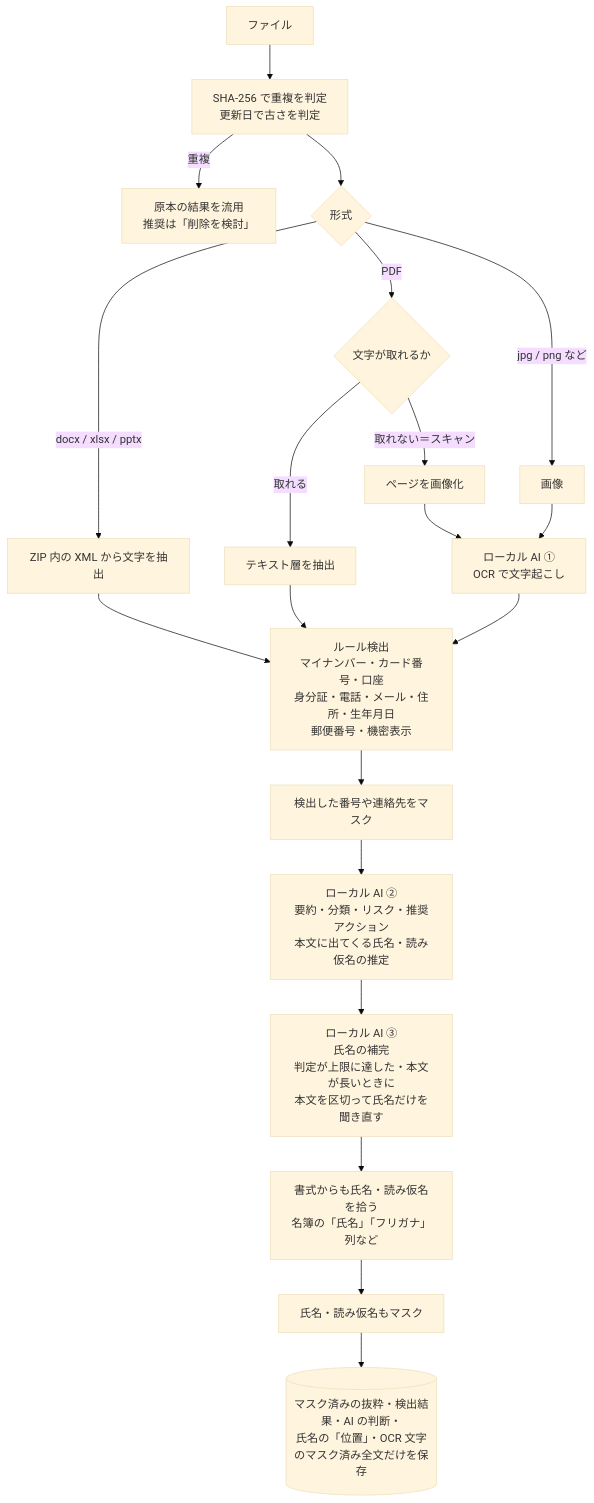
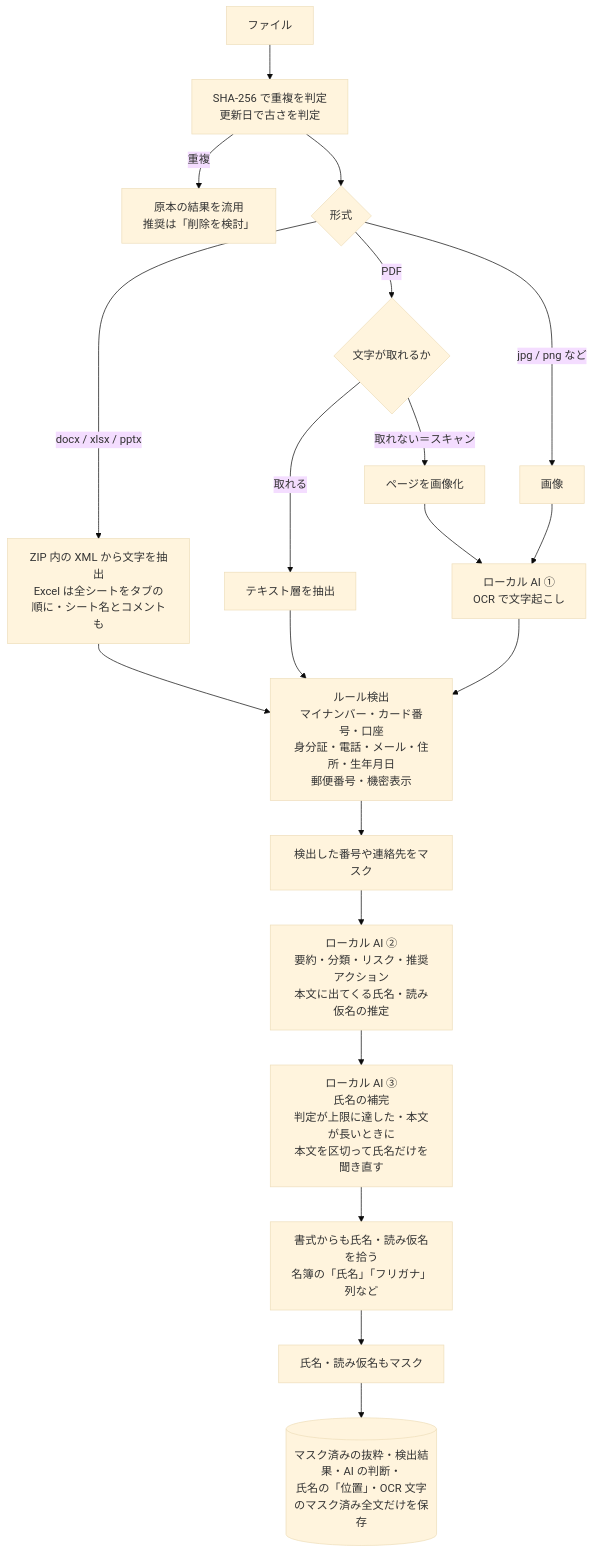
Before and after one commit to Takashi-Matsumura/filechecker-demo: the second of 2 diagrams in README.md, drawn with Mermaid (base theme). The commit also changed other lines of this file and 6 other files, not shown here.

````diff
--- a/README.md
+++ b/README.md
@@ -92,22 +92,22 @@
 ```mermaid
 flowchart TD
   A[ファイル] --> H[SHA-256 で重複を判定<br/>更新日で古さを判定]
   H -->|重複| R[原本の結果を流用<br/>推奨は「削除を検討」]
   H --> E{形式}
-  E -->|docx / xlsx / pptx| O[ZIP 内の XML から文字を抽出]
+  E -->|docx / xlsx / pptx| O[ZIP 内の XML から文字を抽出<br/>Excel は全シートをタブの順に・シート名とコメントも]
   E -->|PDF| P{文字が取れるか}
   P -->|取れる| PT[テキスト層を抽出]
   P -->|取れない＝スキャン| PI[ページを画像化]
   E -->|jpg / png など| IM[画像]
   PI --> OCR[ローカル AI ①<br/>OCR で文字起こし]
   IM --> OCR
   O --> RULE
   PT --> RULE
   OCR --> RULE[ルール検出<br/>マイナンバー・カード番号・口座<br/>身分証・電話・メール・住所・生年月日<br/>郵便番号・機密表示]
   RULE --> MASK1[検出した番号や連絡先をマスク]
   MASK1 --> AI[ローカル AI ②<br/>要約・分類・リスク・推奨アクション<br/>本文に出てくる氏名・読み仮名の推定]
   AI --> MORE[ローカル AI ③<br/>氏名の補完<br/>判定が上限に達した・本文が長いときに<br/>本文を区切って氏名だけを聞き直す]
   MORE --> NAMES[書式からも氏名・読み仮名を拾う<br/>名簿の「氏名」「フリガナ」列など]
   NAMES --> MASK2[氏名・読み仮名もマスク]
   MASK2 --> DB[(マスク済みの抜粋・検出結果・AI の判断・<br/>氏名の「位置」・OCR 文字のマスク済み全文だけを保存)]
 ```
````
